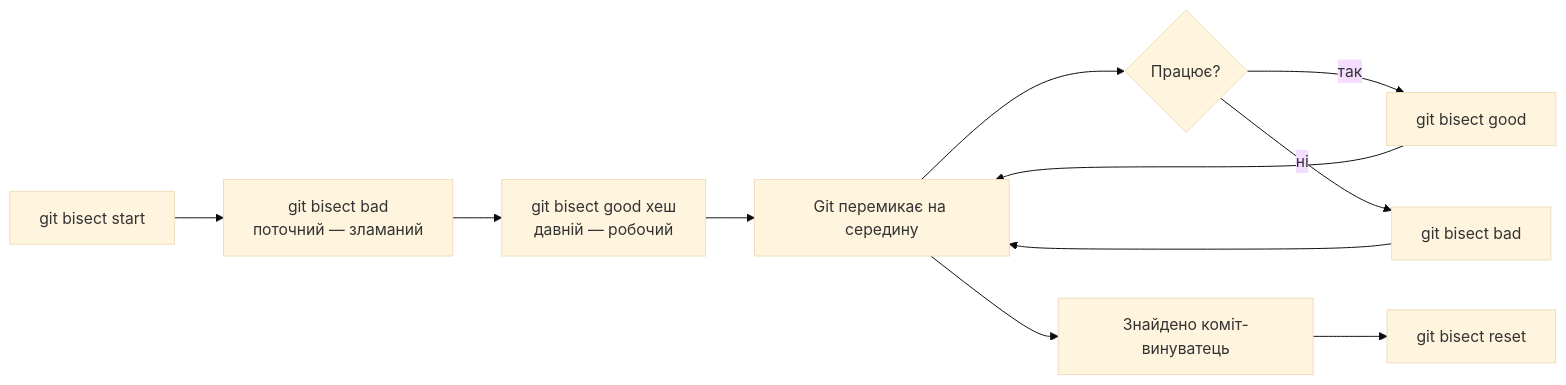
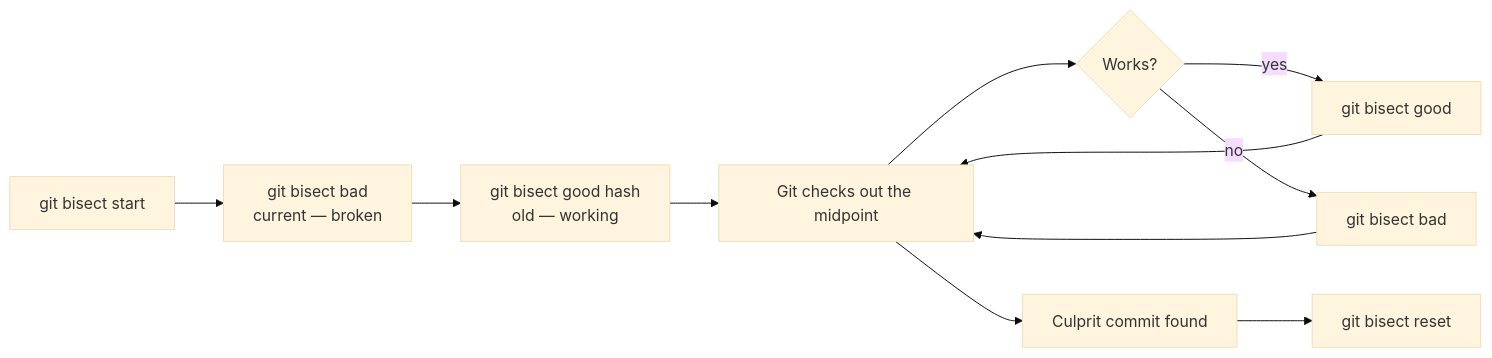
One commit to andriyevski/python-learning-portfolio changed the eighth of 14 diagrams in git_commands.md. Above: the diagram before and after it, drawn with Mermaid (base theme). The commit also changed other lines of this file and 3 other files, not shown here.

````diff
--- a/git_commands.md
+++ b/git_commands.md
@@ -392,13 +392,13 @@
 ```mermaid
 graph LR
-    A["git bisect start"] --> B["git bisect bad<br/>поточний — зламаний"]
-    B --> C["git bisect good хеш<br/>давній — робочий"]
-    C --> D["Git перемикає на середину"]
-    D --> E{"Працює?"}
-    E -->|"так"| F["git bisect good"]
-    E -->|"ні"| G["git bisect bad"]
+    A["git bisect start"] --> B["git bisect bad<br/>current — broken"]
+    B --> C["git bisect good hash<br/>old — working"]
+    C --> D["Git checks out the midpoint"]
+    D --> E{"Works?"}
+    E -->|"yes"| F["git bisect good"]
+    E -->|"no"| G["git bisect bad"]
     F --> D
     G --> D
-    D --> H["Знайдено коміт-винуватець"]
+    D --> H["Culprit commit found"]
     H --> I["git bisect reset"]
 ```
````
